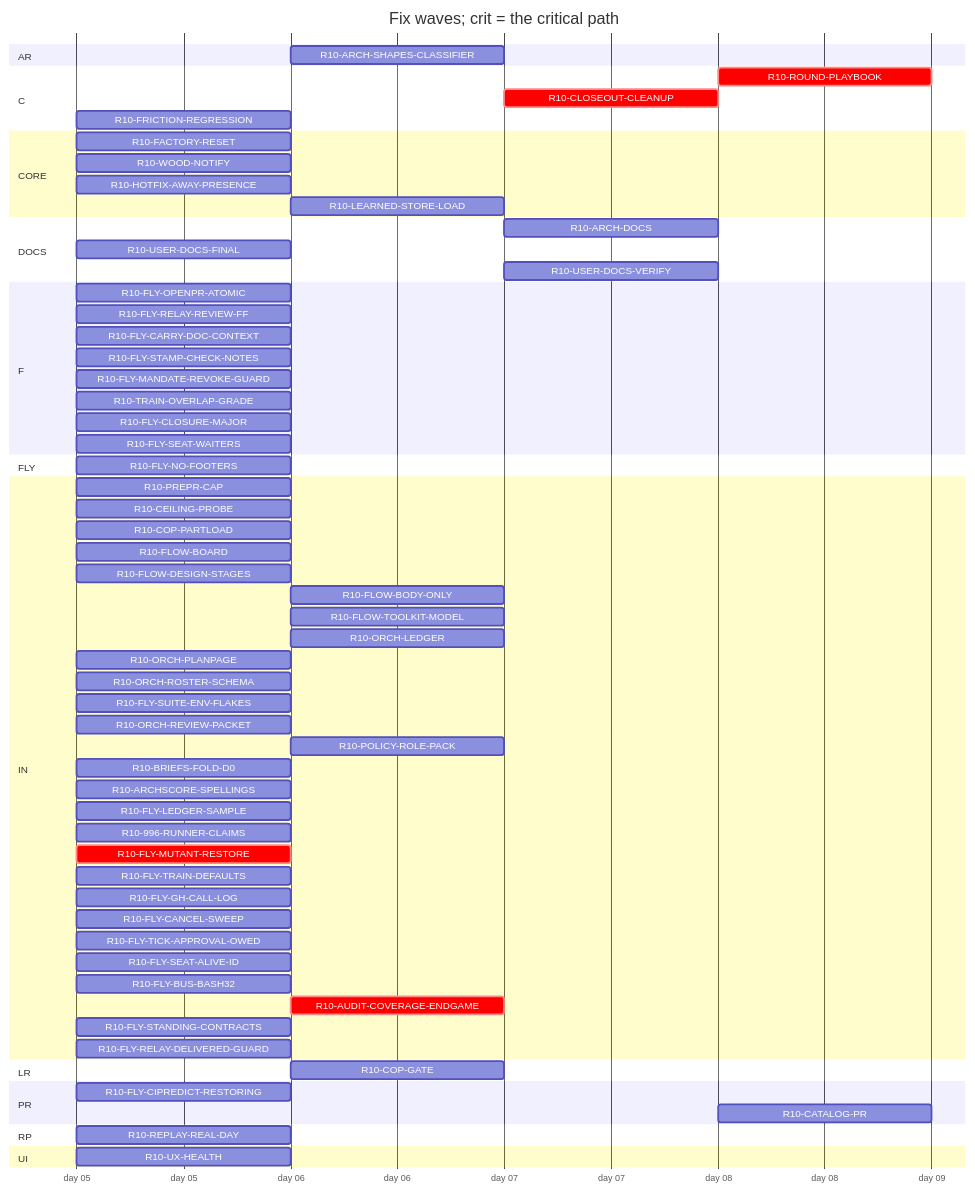
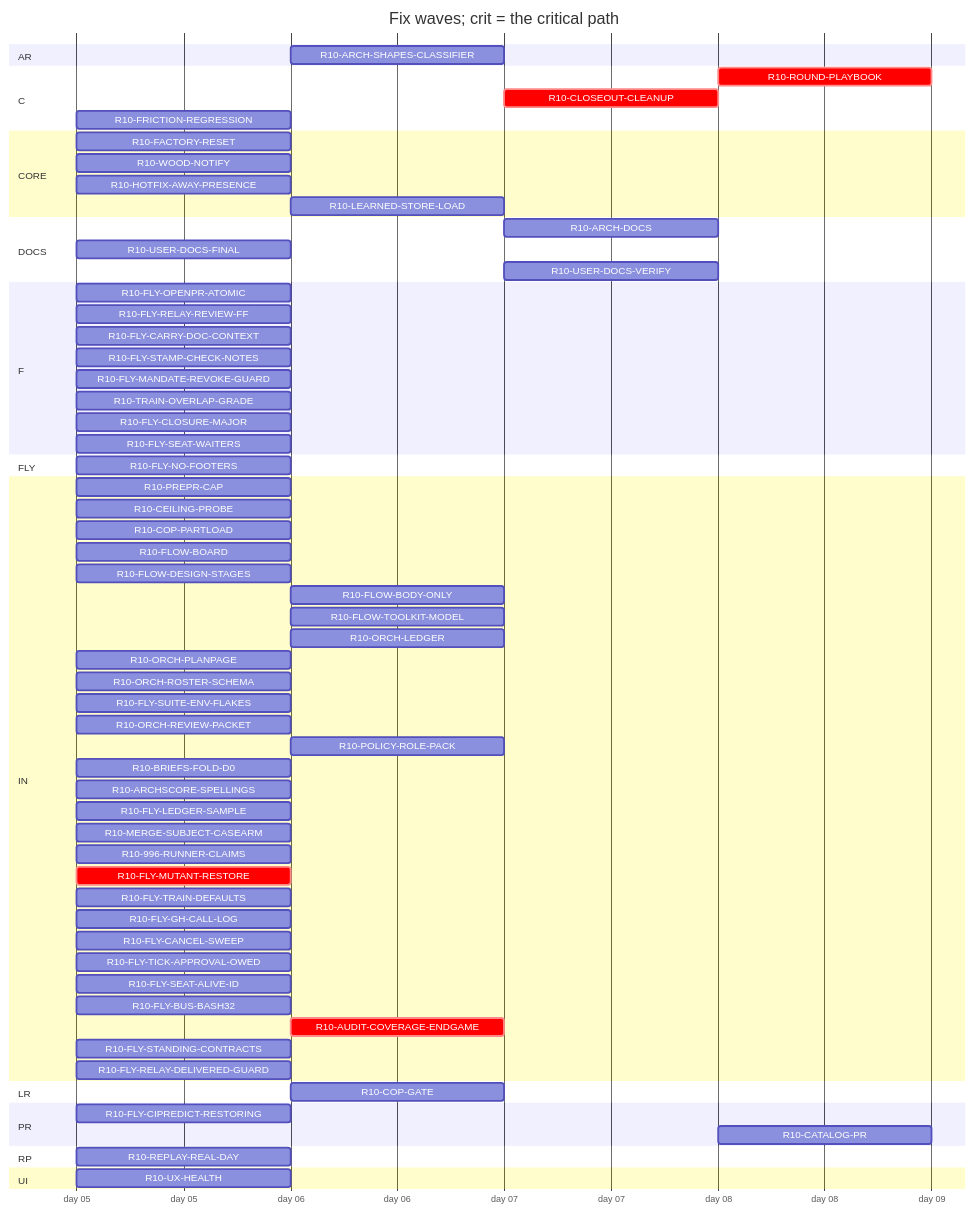
Before and after one commit to tvofi/heatpump_optimizer: the diagram in handoff/round10/state/PLAN-TABLE.md, drawn with Mermaid. The commit also changed other lines of this file and 3 other files, not shown here.

Commit message:
state: FLOW-BOARD.md, NEXT-SESSION-PROMPT.md, PLAN-TABLE.md, RESUME-CURRENT.md regenerated (state_docs.py)

````diff
--- a/handoff/round10/state/PLAN-TABLE.md
+++ b/handoff/round10/state/PLAN-TABLE.md
@@ -24,69 +24,70 @@
 ```mermaid
 gantt
   title Fix waves; crit = the critical path
   dateFormat YYYY-MM-DD
   axisFormat day %d
   section AR
     R10-ARCH-SHAPES-CLASSIFIER :r10ARCHSHAPESCLASSIFIER, after r10996RUNNERCLAIMS, 1d
   section C
     R10-ROUND-PLAYBOOK :crit, r10ROUNDPLAYBOOK, after r10ORCHLEDGER r10ORCHPLANPAGE r10FLYRELAYREVIEWFF r10FLOWBODYONLY r10AUDITCOVERAGEENDGAME r10FLOWDESIGNSTAGES r10ORCHROSTERSCHEMA r10FLOWTOOLKITMODEL r10TRAINOVERLAPGRADE r10FLYTRAINDEFAULTS r10FLYCANCELSWEEP r10POLICYROLEPACK r10ORCHREVIEWPACKET r10FLOWBOARD r10CLOSEOUTCLEANUP, 1d
     R10-CLOSEOUT-CLEANUP :crit, r10CLOSEOUTCLEANUP, after r10AUDITCOVERAGEENDGAME, 1d
     R10-FRICTION-REGRESSION :r10FRICTIONREGRESSION, 2026-01-05, 1d
   section CORE
     R10-FACTORY-RESET :r10FACTORYRESET, 2026-01-05, 1d
     R10-WOOD-NOTIFY :r10WOODNOTIFY, 2026-01-05, 1d
     R10-HOTFIX-AWAY-PRESENCE :r10HOTFIXAWAYPRESENCE, 2026-01-05, 1d
     R10-LEARNED-STORE-LOAD :r10LEARNEDSTORELOAD, after r10FACTORYRESET, 1d
   section DOCS
     R10-ARCH-DOCS :r10ARCHDOCS, after r10COPGATE r10UXHEALTH r10CEILINGPROBE r10COPPARTLOAD r10FLOWBOARD r10FLOWDESIGNSTAGES r10FLOWBODYONLY r10FLYOPENPRATOMIC r10FLYRELAYREVIEWFF r10FLYCARRYDOCCONTEXT r10FLOWTOOLKITMODEL r10FLYSTAMPCHECKNOTES r10FLYMANDATEREVOKEGUARD r10TRAINOVERLAPGRADE r10FLYSUITEENVFLAKES r10ORCHLEDGER r10ORCHPLANPAGE r10ORCHROSTERSCHEMA r10ORCHREVIEWPACKET r10POLICYROLEPACK r10BRIEFSFOLDD0 r10REPLAYREALDAY r10ARCHSCORESPELLINGS r10FLYLEDGERSAMPLE, 1d
     R10-USER-DOCS-FINAL :r10USERDOCSFINAL, 2026-01-05, 1d
     R10-USER-DOCS-VERIFY :r10USERDOCSVERIFY, after r10COPGATE r10UXHEALTH r10CEILINGPROBE r10COPPARTLOAD r10FACTORYRESET r10WOODNOTIFY r10USERDOCSFINAL r10ARCHSHAPESCLASSIFIER r10HOTFIXAWAYPRESENCE, 1d
   section F
     R10-FLY-OPENPR-ATOMIC :r10FLYOPENPRATOMIC, 2026-01-05, 1d
     R10-FLY-RELAY-REVIEW-FF :r10FLYRELAYREVIEWFF, 2026-01-05, 1d
     R10-FLY-CARRY-DOC-CONTEXT :r10FLYCARRYDOCCONTEXT, 2026-01-05, 1d
     R10-FLY-STAMP-CHECK-NOTES :r10FLYSTAMPCHECKNOTES, 2026-01-05, 1d
     R10-FLY-MANDATE-REVOKE-GUARD :r10FLYMANDATEREVOKEGUARD, 2026-01-05, 1d
     R10-TRAIN-OVERLAP-GRADE :r10TRAINOVERLAPGRADE, 2026-01-05, 1d
     R10-FLY-CLOSURE-MAJOR :r10FLYCLOSUREMAJOR, 2026-01-05, 1d
     R10-FLY-SEAT-WAITERS :r10FLYSEATWAITERS, 2026-01-05, 1d
   section FLY
     R10-FLY-NO-FOOTERS :r10FLYNOFOOTERS, 2026-01-05, 1d
   section IN
     R10-PREPR-CAP :r10PREPRCAP, 2026-01-05, 1d
     R10-CEILING-PROBE :r10CEILINGPROBE, 2026-01-05, 1d
     R10-COP-PARTLOAD :r10COPPARTLOAD, 2026-01-05, 1d
     R10-FLOW-BOARD :r10FLOWBOARD, 2026-01-05, 1d
     R10-FLOW-DESIGN-STAGES :r10FLOWDESIGNSTAGES, 2026-01-05, 1d
     R10-FLOW-BODY-ONLY :r10FLOWBODYONLY, after r10FLYOPENPRATOMIC, 1d
     R10-FLOW-TOOLKIT-MODEL :r10FLOWTOOLKITMODEL, after r10ORCHPLANPAGE r10FLYCANCELSWEEP, 1d
     R10-ORCH-LEDGER :r10ORCHLEDGER, after r10FLYCANCELSWEEP, 1d
     R10-ORCH-PLANPAGE :r10ORCHPLANPAGE, 2026-01-05, 1d
     R10-ORCH-ROSTER-SCHEMA :r10ORCHROSTERSCHEMA, 2026-01-05, 1d
     R10-FLY-SUITE-ENV-FLAKES :r10FLYSUITEENVFLAKES, 2026-01-05, 1d
     R10-ORCH-REVIEW-PACKET :r10ORCHREVIEWPACKET, 2026-01-05, 1d
     R10-POLICY-ROLE-PACK :r10POLICYROLEPACK, after r10FLOWDESIGNSTAGES, 1d
     R10-BRIEFS-FOLD-D0 :r10BRIEFSFOLDD0, 2026-01-05, 1d
     R10-ARCHSCORE-SPELLINGS :r10ARCHSCORESPELLINGS, 2026-01-05, 1d
     R10-FLY-LEDGER-SAMPLE :r10FLYLEDGERSAMPLE, 2026-01-05, 1d
+    R10-MERGE-SUBJECT-CASEARM :r10MERGESUBJECTCASEARM, 2026-01-05, 1d
     R10-996-RUNNER-CLAIMS :r10996RUNNERCLAIMS, 2026-01-05, 1d
     R10-FLY-MUTANT-RESTORE :crit, r10FLYMUTANTRESTORE, 2026-01-05, 1d
     R10-FLY-TRAIN-DEFAULTS :r10FLYTRAINDEFAULTS, 2026-01-05, 1d
     R10-FLY-GH-CALL-LOG :r10FLYGHCALLLOG, 2026-01-05, 1d
     R10-FLY-CANCEL-SWEEP :r10FLYCANCELSWEEP, 2026-01-05, 1d
     R10-FLY-TICK-APPROVAL-OWED :r10FLYTICKAPPROVALOWED, 2026-01-05, 1d
     R10-FLY-SEAT-ALIVE-ID :r10FLYSEATALIVEID, 2026-01-05, 1d
     R10-FLY-BUS-BASH32 :r10FLYBUSBASH32, 2026-01-05, 1d
     R10-AUDIT-COVERAGE-ENDGAME :crit, r10AUDITCOVERAGEENDGAME, after r10FLYMUTANTRESTORE r10996RUNNERCLAIMS, 1d
     R10-FLY-STANDING-CONTRACTS :r10FLYSTANDINGCONTRACTS, 2026-01-05, 1d
     R10-FLY-RELAY-DELIVERED-GUARD :r10FLYRELAYDELIVEREDGUARD, 2026-01-05, 1d
   section LR
     R10-COP-GATE :r10COPGATE, after r10CEILINGPROBE, 1d
   section PR
     R10-FLY-CIPREDICT-RESTORING :r10FLYCIPREDICTRESTORING, 2026-01-05, 1d
     R10-CATALOG-PR :r10CATALOGPR, after r10USERDOCSVERIFY r10AUDITCOVERAGEENDGAME, 1d
   section RP
     R10-REPLAY-REAL-DAY :r10REPLAYREALDAY, 2026-01-05, 1d
   section UI
     R10-UX-HEALTH :r10UXHEALTH, 2026-01-05, 1d
 ```
````
